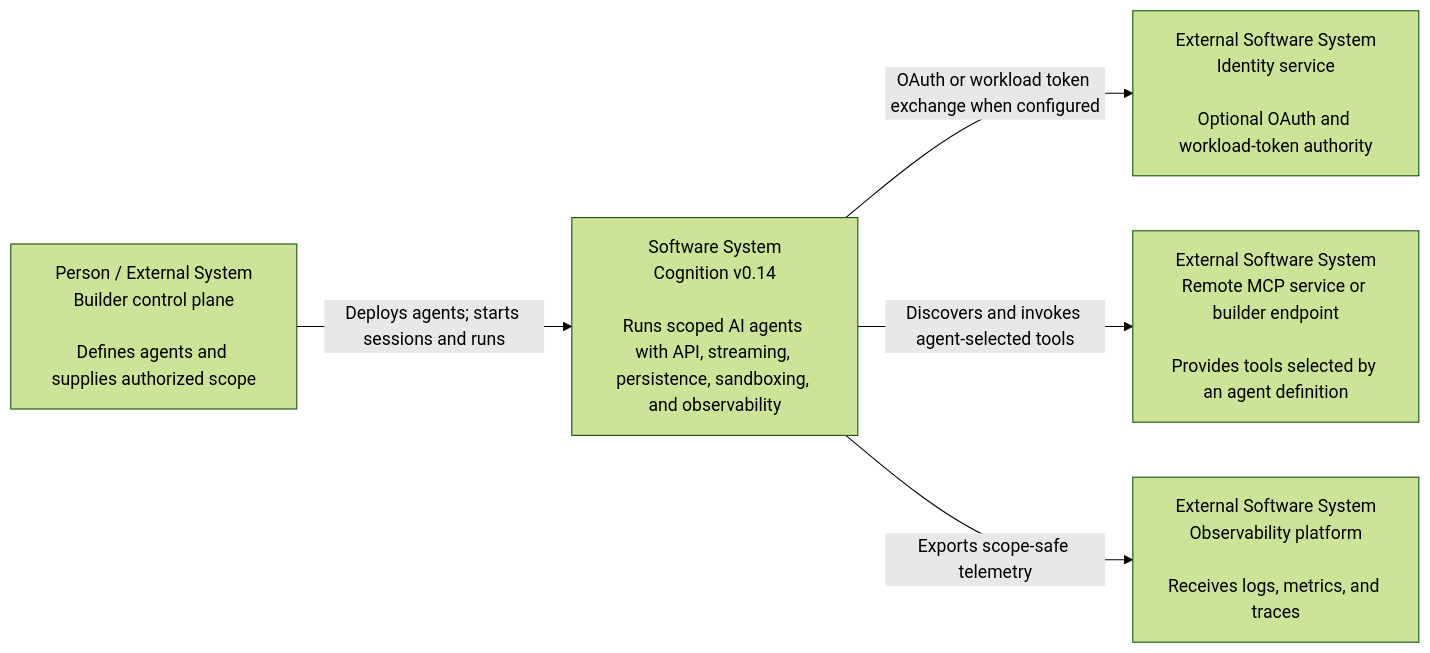
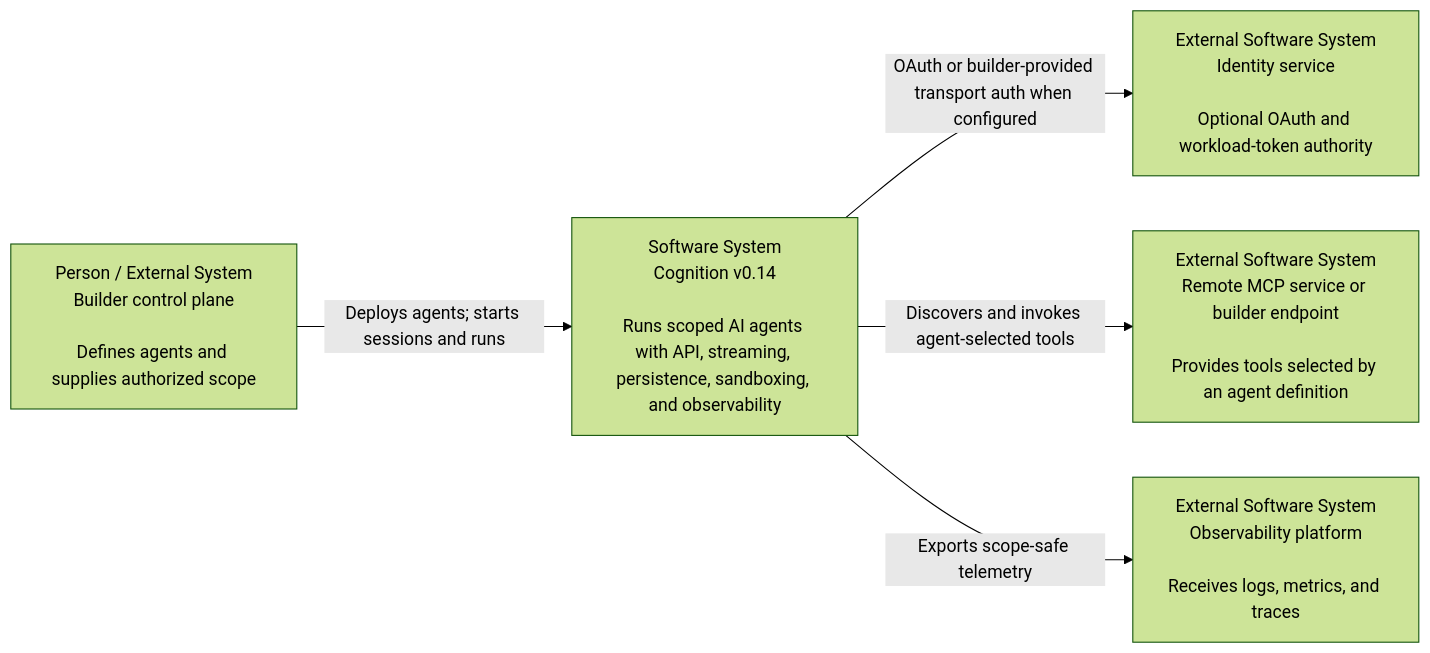
Before and after one commit to CognicellAI/Cognition: the first of 7 diagrams in docs/proposals/v0.14.0-deep-agents-skills-mcp-storage.md, drawn with Mermaid (forest theme). The commit also changed other lines of this file and 1 other file, not shown here.

Commit message:
docs: clarify MCP outbound auth provider boundary

````diff
--- a/docs/proposals/v0.14.0-deep-agents-skills-mcp-storage.md
+++ b/docs/proposals/v0.14.0-deep-agents-skills-mcp-storage.md
@@ -68,13 +68,13 @@
 ```mermaid
 flowchart LR
     builder["Person / External System<br/>Builder control plane<br/><br/>Defines agents and supplies authorized scope"]
     cognition["Software System<br/>Cognition v0.14<br/><br/>Runs scoped AI agents with API, streaming, persistence, sandboxing, and observability"]
     identity["External Software System<br/>Identity service<br/><br/>Optional OAuth and workload-token authority"]
     mcp["External Software System<br/>Remote MCP service or builder endpoint<br/><br/>Provides tools selected by an agent definition"]
     telemetry["External Software System<br/>Observability platform<br/><br/>Receives logs, metrics, and traces"]
 
     builder -->|"Deploys agents; starts sessions and runs"| cognition
-    cognition -->|"OAuth or workload token exchange when configured"| identity
+    cognition -->|"OAuth or builder-provided transport auth when configured"| identity
     cognition -->|"Discovers and invokes agent-selected tools"| mcp
     cognition -->|"Exports scope-safe telemetry"| telemetry
 ```
````
